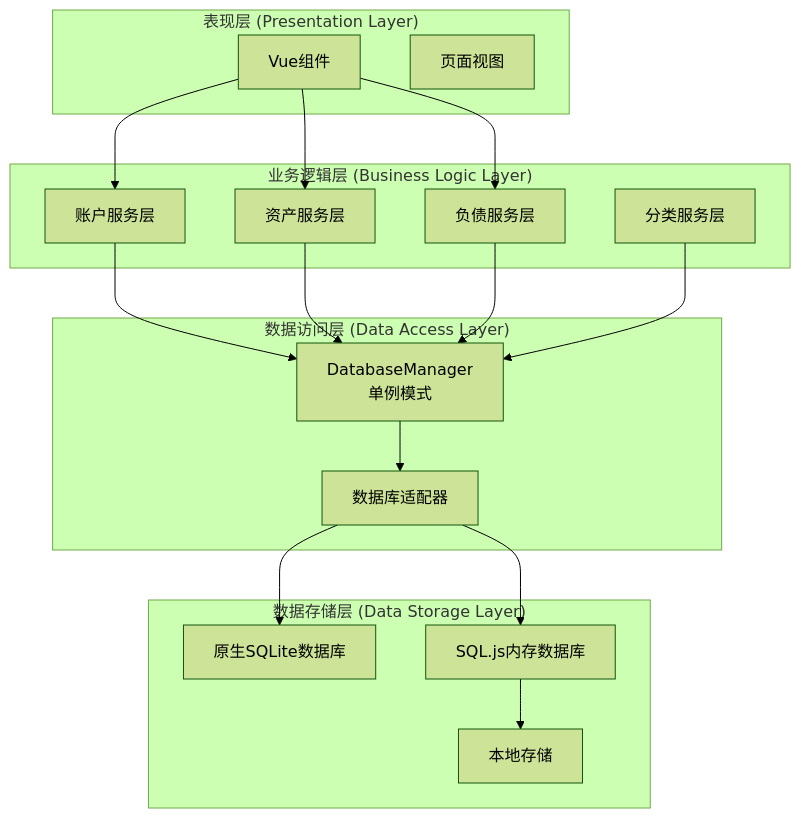
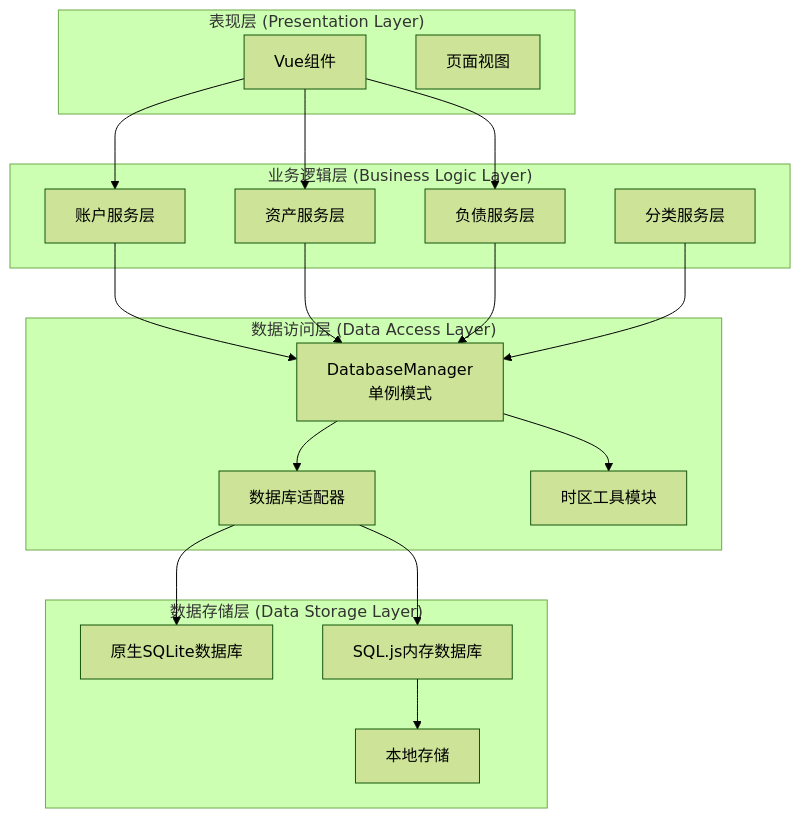
Before and after one commit to xiao-lin-unit/yuan: the first of 21 diagrams in .qoder/repowiki/zh/content/架构设计/数据层架构设计/数据层架构设计.md, drawn with Mermaid (forest theme). The commit also changed other lines of this file and 22 other files, not shown here.

````diff
--- a/.qoder/repowiki/zh/content/架构设计/数据层架构设计/数据层架构设计.md
+++ b/.qoder/repowiki/zh/content/架构设计/数据层架构设计/数据层架构设计.md
@@ -52,33 +55,35 @@
 ```mermaid
 graph TB
 subgraph "表现层 (Presentation Layer)"
 UI[Vue组件]
 Views[页面视图]
 end
 subgraph "业务逻辑层 (Business Logic Layer)"
 AccountService[账户服务层]
 AssetService[资产服务层]
 LiabilityService[负债服务层]
 CategoryService[分类服务层]
 end
 subgraph "数据访问层 (Data Access Layer)"
 DatabaseManager[DatabaseManager<br/>单例模式]
 Adapter[数据库适配器]
+TimezoneUtils[时区工具模块]
 end
 subgraph "数据存储层 (Data Storage Layer)"
 NativeDB[原生SQLite数据库]
 WebDB[SQL.js内存数据库]
 LocalStorage[本地存储]
 end
 UI --> AccountService
 UI --> AssetService
 UI --> LiabilityService
 AccountService --> DatabaseManager
 AssetService --> DatabaseManager
 LiabilityService --> DatabaseManager
 CategoryService --> DatabaseManager
 DatabaseManager --> Adapter
+DatabaseManager --> TimezoneUtils
 Adapter --> NativeDB
 Adapter --> WebDB
 WebDB --> LocalStorage
 ```
````
